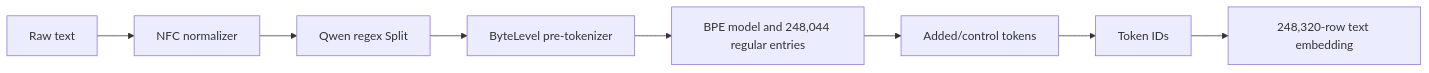
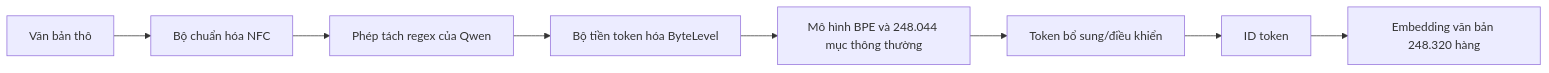
The second of 2 diagrams in docs/research_finding/01-gwen/module_details/LLM_modules/BBPE_Tokenizer.md (cycler04/VinRobotics-VLA), drawn with Mermaid before and after one commit. The commit also changed other lines of this file and 79 other files, not shown here.

````diff
--- a/docs/research_finding/01-gwen/module_details/LLM_modules/BBPE_Tokenizer.md
+++ b/docs/research_finding/01-gwen/module_details/LLM_modules/BBPE_Tokenizer.md
@@ -384,10 +387,10 @@
 ```mermaid
 flowchart LR
-    X[Raw text] --> NFC[NFC normalizer]
-    NFC --> RX[Qwen regex Split]
-    RX --> BL[ByteLevel pre-tokenizer]
-    BL --> BPE[BPE model and 248,044 regular entries]
-    BPE --> ADD[Added/control tokens]
-    ADD --> IDS[Token IDs]
-    IDS --> EMB[248,320-row text embedding]
+    X[Văn bản thô] --> NFC[Bộ chuẩn hóa NFC]
+    NFC --> RX[Phép tách regex của Qwen]
+    RX --> BL[Bộ tiền token hóa ByteLevel]
+    BL --> BPE[Mô hình BPE và 248.044 mục thông thường]
+    BPE --> ADD[Token bổ sung/điều khiển]
+    ADD --> IDS[ID token]
+    IDS --> EMB[Embedding văn bản 248.320 hàng]
 ```
````
